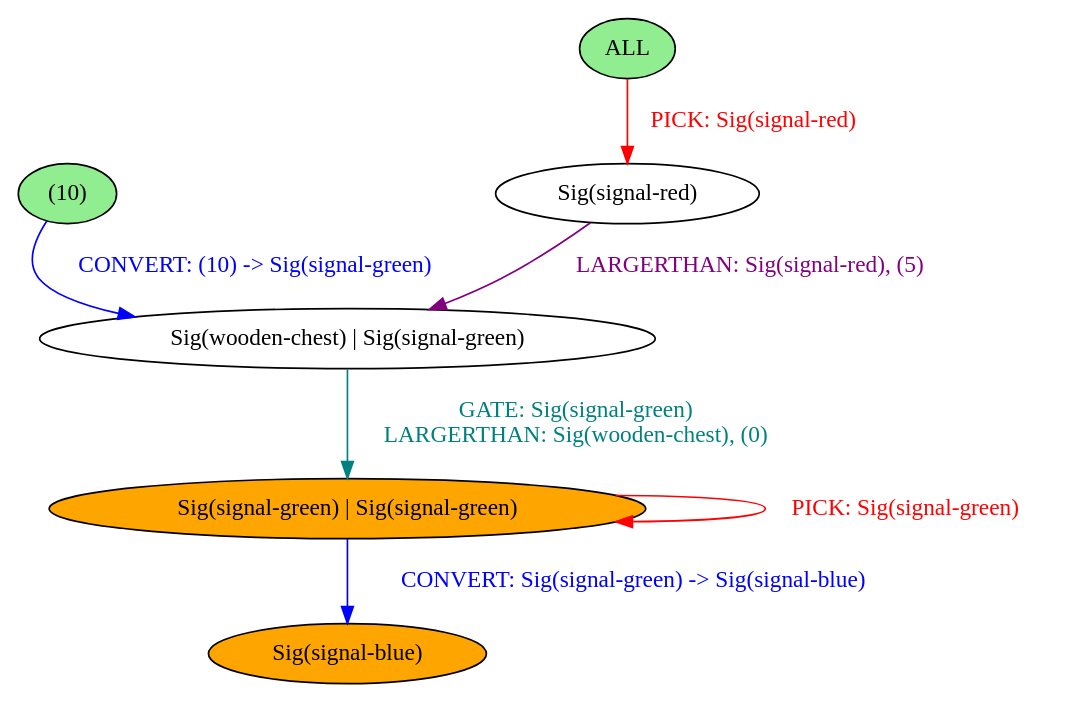
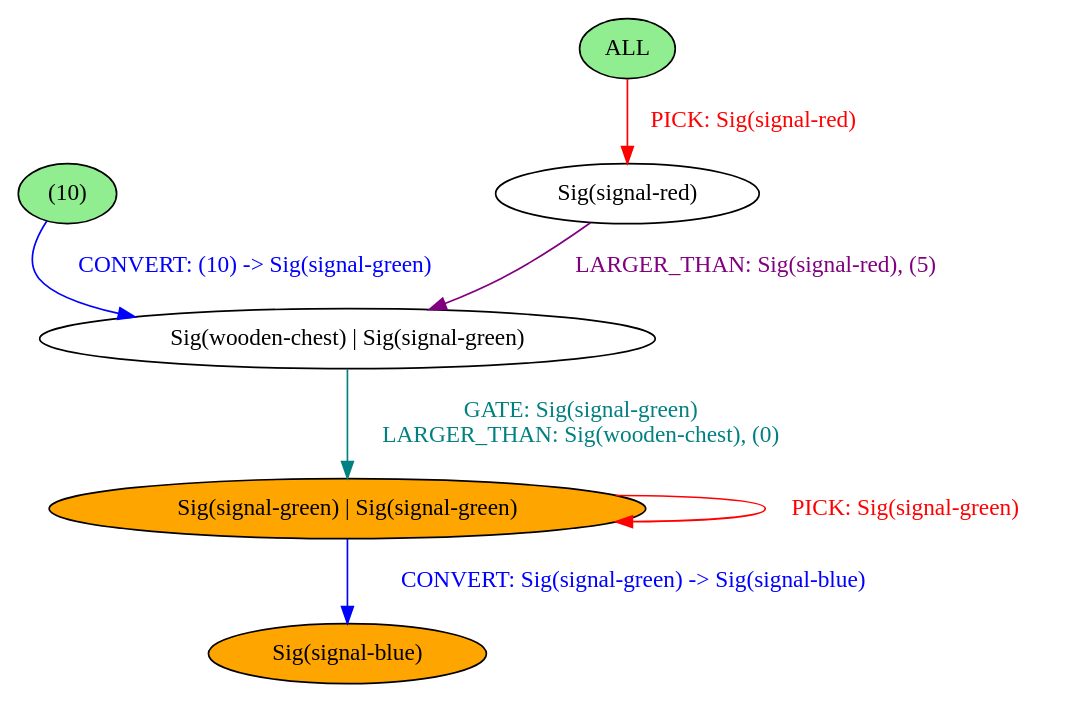
One commit to BalderHolst/chef changed the diagram in chef-lang/examples/when.output.dot. Above: the diagram before and after it, drawn with Graphviz. The commit also changed 5 other files, not shown here.

```diff
--- a/chef-lang/examples/when.output.dot
+++ b/chef-lang/examples/when.output.dot
@@ -1,16 +1,16 @@
 strict digraph {
 	nodesep=1
 	4	[style=filled fillcolor=white label="Sig(signal-red)"]
 	7	[style=filled fillcolor=white label="Sig(wooden-chest) | Sig(signal-green)"]
 	6	[style=filled fillcolor=lightgreen label="(10)"]
 	1	[style=filled fillcolor=orange label="Sig(signal-green) | Sig(signal-green)"]
 	0	[style=filled fillcolor=lightgreen label="ALL"]
 	8	[style=filled fillcolor=orange label="Sig(signal-blue)"]
-	4 -> 7	[label="LARGERTHAN: Sig(signal-red), (5)" color=purple fontcolor=purple]
+	4 -> 7	[label="LARGER_THAN: Sig(signal-red), (5)" color=purple fontcolor=purple]
 	7 -> 1	[label="GATE: Sig(signal-green)
-LARGERTHAN: Sig(wooden-chest), (0)" color=teal fontcolor=teal]
+LARGER_THAN: Sig(wooden-chest), (0)" color=teal fontcolor=teal]
 	6 -> 7	[label="CONVERT: (10) -> Sig(signal-green)" color=blue fontcolor=blue]
 	1 -> 1	[label="PICK: Sig(signal-green)" color=red fontcolor=red]
 	1 -> 8	[label="CONVERT: Sig(signal-green) -> Sig(signal-blue)" color=blue fontcolor=blue]
 	0 -> 4	[label="PICK: Sig(signal-red)" color=red fontcolor=red]
 }
```
